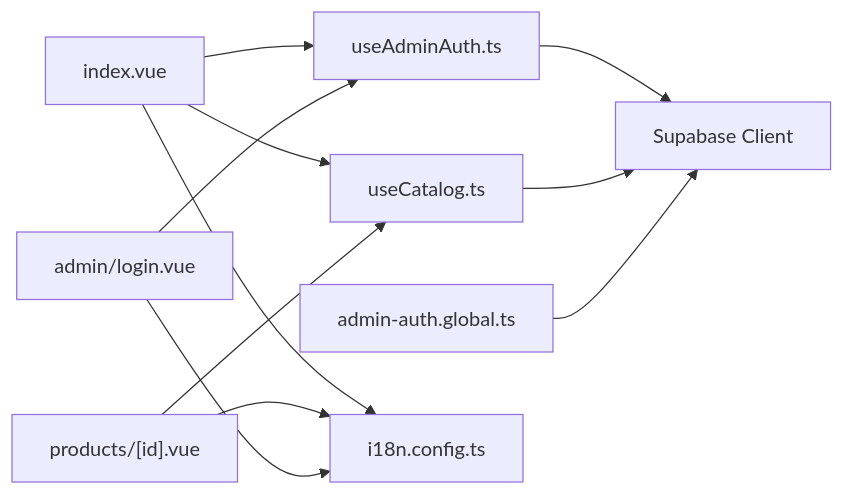
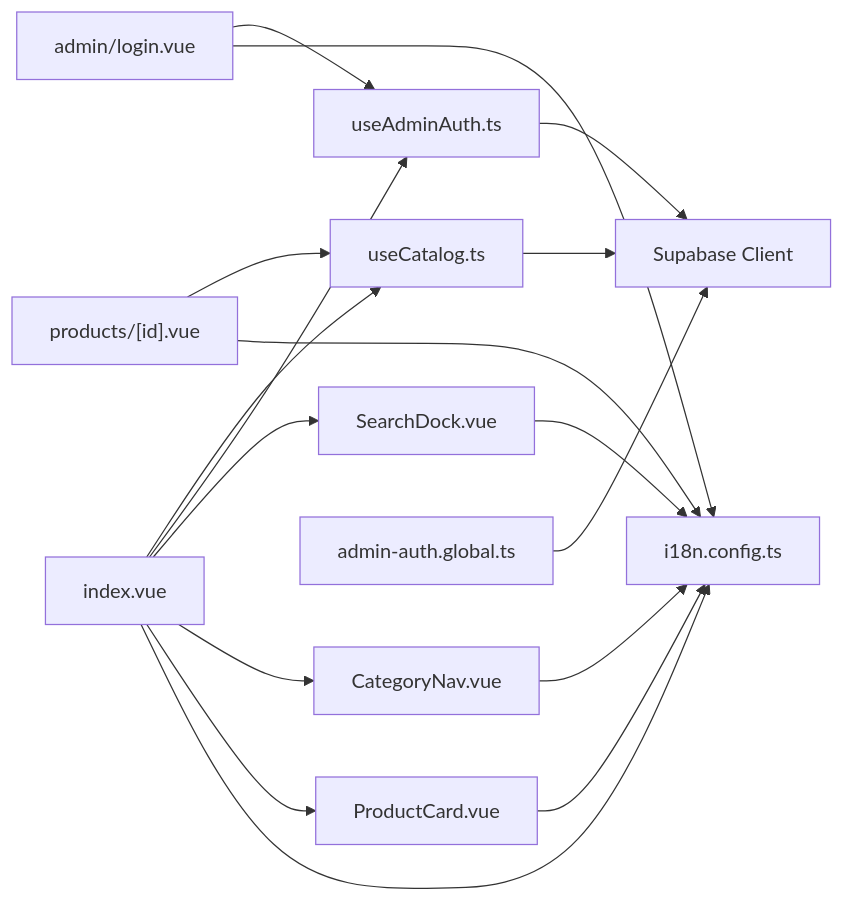
One commit to RaccoonPie-314/Raccoon-Gear-Bin changed the fourth of 4 diagrams in .qoder/repowiki/en/content/Pages & Routing/Page Structure & Organization.md. Above: the diagram before and after it, drawn with Mermaid. The commit also changed other lines of this file and 51 other files, not shown here.

````diff
--- a/.qoder/repowiki/en/content/Pages & Routing/Page Structure & Organization.md
+++ b/.qoder/repowiki/en/content/Pages & Routing/Page Structure & Organization.md
@@ -296,13 +369,19 @@
 ```mermaid
 graph LR
 Index["index.vue"] --> UC["useCatalog.ts"]
 Index --> UA["useAdminAuth.ts"]
+Index --> SD["SearchDock.vue"]
+Index --> CN["CategoryNav.vue"]
+Index --> PC["ProductCard.vue"]
 Detail["products/[id].vue"] --> UC
 Login["admin/login.vue"] --> UA
 UA --> SB["Supabase Client"]
 UC --> SB
 MW["admin-auth.global.ts"] --> SB
 Index --> I18N["i18n.config.ts"]
 Detail --> I18N
 Login --> I18N
+SD --> I18N
+CN --> I18N
+PC --> I18N
 ```
````
